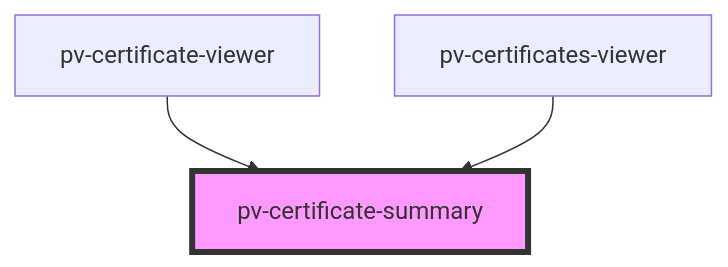
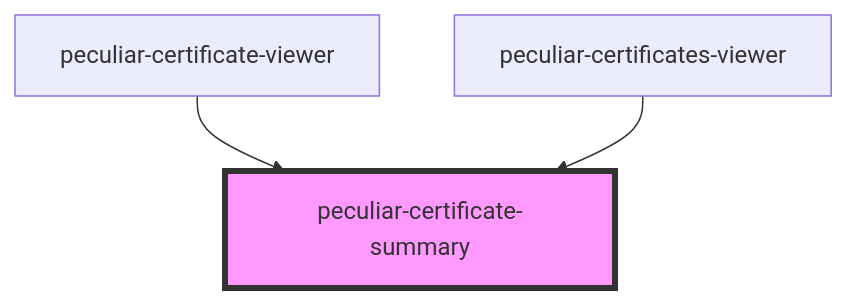
Before and after one commit to PeculiarVentures/pv-certificates-viewer: the diagram in src/components/certificate-summary/readme.md, drawn with Mermaid. The commit also changed other lines of this file and 55 other files, not shown here.

````diff
--- a/src/components/certificate-summary/readme.md
+++ b/src/components/certificate-summary/readme.md
@@ -25,6 +25,6 @@
 ```mermaid
 graph TD;
-  pv-certificate-viewer --> pv-certificate-summary
-  pv-certificates-viewer --> pv-certificate-summary
-  style pv-certificate-summary fill:#f9f,stroke:#333,stroke-width:4px
+  peculiar-certificate-viewer --> peculiar-certificate-summary
+  peculiar-certificates-viewer --> peculiar-certificate-summary
+  style peculiar-certificate-summary fill:#f9f,stroke:#333,stroke-width:4px
 ```
````
